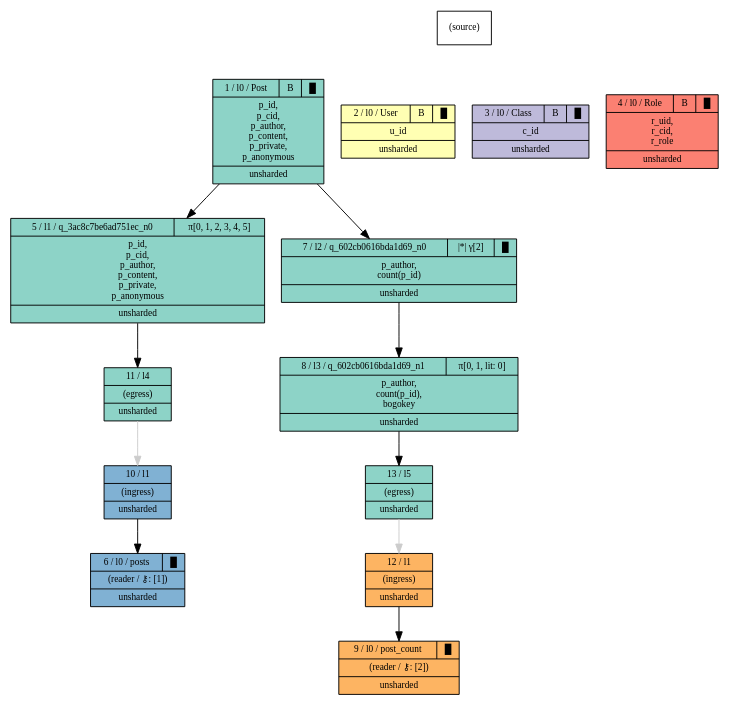
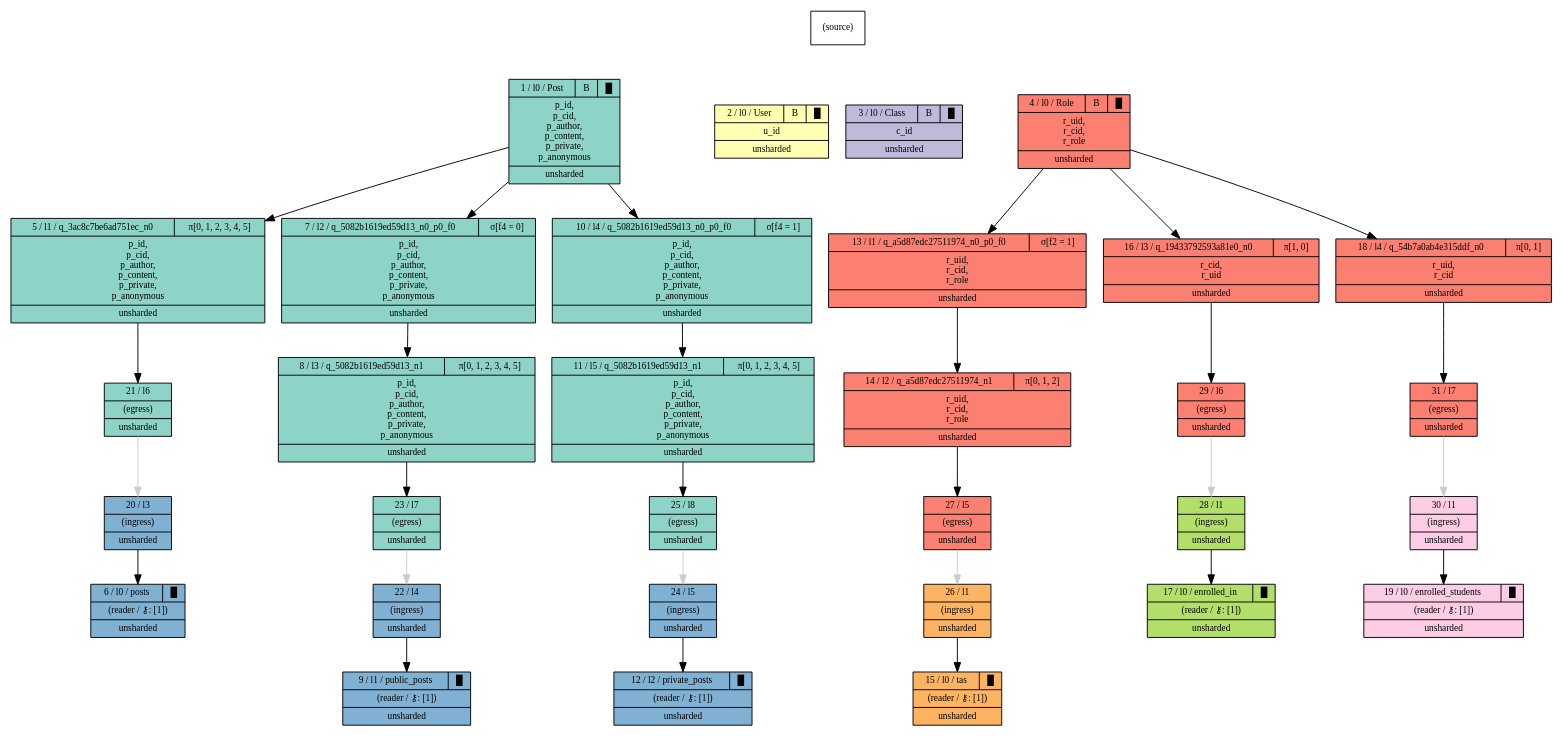
One commit to mit-pdos/noria changed the diagram in pgraph.gv. Above: the diagram before and after it, drawn with Graphviz. The commit also changed 4 other files, not shown here.

```diff
--- a/pgraph.gv
+++ b/pgraph.gv
@@ -1,30 +1,66 @@
 digraph {{
     node [shape=record, fontsize=10]
     n0 [style="filled", fillcolor=white, label="(source)"]
     n1 [style="filled", fillcolor="/set312/1", label="{ { 1 / l0 / Post | B | █ } | p_id, \np_cid, \np_author, \np_content, \np_private, \np_anonymous | unsharded }"]
     n2 [style="filled", fillcolor="/set312/2", label="{ { 2 / l0 / User | B | █ } | u_id | unsharded }"]
     n3 [style="filled", fillcolor="/set312/3", label="{ { 3 / l0 / Class | B | █ } | c_id | unsharded }"]
     n4 [style="filled", fillcolor="/set312/4", label="{ { 4 / l0 / Role | B | █ } | r_uid, \nr_cid, \nr_role | unsharded }"]
     n5 [style="filled", fillcolor="/set312/1", label="{{ 5 / l1 / q_3ac8c7be6ad751ec_n0 | π[0, 1, 2, 3, 4, 5]  } | p_id, \np_cid, \np_author, \np_content, \np_private, \np_anonymous | unsharded }"]
     n6 [style="filled", fillcolor="/set312/5", label="{ { 6 / l0 / posts | █ } | (reader / ⚷: [1]) | unsharded }"]
-    n7 [style="filled", fillcolor="/set312/1", label="{{ 7 / l2 / q_602cb0616bda1d69_n0 | \|*\| γ[2] | █ } | p_author, \ncount(p_id) | unsharded }"]
-    n8 [style="filled", fillcolor="/set312/1", label="{{ 8 / l3 / q_602cb0616bda1d69_n1 | π[0, 1, lit: 0]  } | p_author, \ncount(p_id), \nbogokey | unsharded }"]
-    n9 [style="filled", fillcolor="/set312/6", label="{ { 9 / l0 / post_count | █ } | (reader / ⚷: [2]) | unsharded }"]
-    n10 [style="filled", fillcolor="/set312/5", label="{ { 10 / l1  } | (ingress) | unsharded }"]
-    n11 [style="filled", fillcolor="/set312/1", label="{ 11 / l4 | (egress) | unsharded }"]
-    n12 [style="filled", fillcolor="/set312/6", label="{ { 12 / l1  } | (ingress) | unsharded }"]
-    n13 [style="filled", fillcolor="/set312/1", label="{ 13 / l5 | (egress) | unsharded }"]
+    n7 [style="filled", fillcolor="/set312/1", label="{{ 7 / l2 / q_5082b1619ed59d13_n0_p0_f0 | σ[f4 = 0]  } | p_id, \np_cid, \np_author, \np_content, \np_private, \np_anonymous | unsharded }"]
+    n8 [style="filled", fillcolor="/set312/1", label="{{ 8 / l3 / q_5082b1619ed59d13_n1 | π[0, 1, 2, 3, 4, 5]  } | p_id, \np_cid, \np_author, \np_content, \np_private, \np_anonymous | unsharded }"]
+    n9 [style="filled", fillcolor="/set312/5", label="{ { 9 / l1 / public_posts | █ } | (reader / ⚷: [1]) | unsharded }"]
+    n10 [style="filled", fillcolor="/set312/1", label="{{ 10 / l4 / q_5082b1619ed59d13_n0_p0_f0 | σ[f4 = 1]  } | p_id, \np_cid, \np_author, \np_content, \np_private, \np_anonymous | unsharded }"]
+    n11 [style="filled", fillcolor="/set312/1", label="{{ 11 / l5 / q_5082b1619ed59d13_n1 | π[0, 1, 2, 3, 4, 5]  } | p_id, \np_cid, \np_author, \np_content, \np_private, \np_anonymous | unsharded }"]
+    n12 [style="filled", fillcolor="/set312/5", label="{ { 12 / l2 / private_posts | █ } | (reader / ⚷: [1]) | unsharded }"]
+    n13 [style="filled", fillcolor="/set312/4", label="{{ 13 / l1 / q_a5d87edc27511974_n0_p0_f0 | σ[f2 = 1]  } | r_uid, \nr_cid, \nr_role | unsharded }"]
+    n14 [style="filled", fillcolor="/set312/4", label="{{ 14 / l2 / q_a5d87edc27511974_n1 | π[0, 1, 2]  } | r_uid, \nr_cid, \nr_role | unsharded }"]
+    n15 [style="filled", fillcolor="/set312/6", label="{ { 15 / l0 / tas | █ } | (reader / ⚷: [1]) | unsharded }"]
+    n16 [style="filled", fillcolor="/set312/4", label="{{ 16 / l3 / q_19433792593a81e0_n0 | π[1, 0]  } | r_cid, \nr_uid | unsharded }"]
+    n17 [style="filled", fillcolor="/set312/7", label="{ { 17 / l0 / enrolled_in | █ } | (reader / ⚷: [1]) | unsharded }"]
+    n18 [style="filled", fillcolor="/set312/4", label="{{ 18 / l4 / q_54b7a0ab4e315ddf_n0 | π[0, 1]  } | r_uid, \nr_cid | unsharded }"]
+    n19 [style="filled", fillcolor="/set312/8", label="{ { 19 / l0 / enrolled_students | █ } | (reader / ⚷: [1]) | unsharded }"]
+    n20 [style="filled", fillcolor="/set312/5", label="{ { 20 / l3  } | (ingress) | unsharded }"]
+    n21 [style="filled", fillcolor="/set312/1", label="{ 21 / l6 | (egress) | unsharded }"]
+    n22 [style="filled", fillcolor="/set312/5", label="{ { 22 / l4  } | (ingress) | unsharded }"]
+    n23 [style="filled", fillcolor="/set312/1", label="{ 23 / l7 | (egress) | unsharded }"]
+    n24 [style="filled", fillcolor="/set312/5", label="{ { 24 / l5  } | (ingress) | unsharded }"]
+    n25 [style="filled", fillcolor="/set312/1", label="{ 25 / l8 | (egress) | unsharded }"]
+    n26 [style="filled", fillcolor="/set312/6", label="{ { 26 / l1  } | (ingress) | unsharded }"]
+    n27 [style="filled", fillcolor="/set312/4", label="{ 27 / l5 | (egress) | unsharded }"]
+    n28 [style="filled", fillcolor="/set312/7", label="{ { 28 / l1  } | (ingress) | unsharded }"]
+    n29 [style="filled", fillcolor="/set312/4", label="{ 29 / l6 | (egress) | unsharded }"]
+    n30 [style="filled", fillcolor="/set312/8", label="{ { 30 / l1  } | (ingress) | unsharded }"]
+    n31 [style="filled", fillcolor="/set312/4", label="{ 31 / l7 | (egress) | unsharded }"]
     n0 -> n1 [ style=invis ]
     n0 -> n2 [ style=invis ]
     n0 -> n3 [ style=invis ]
     n0 -> n4 [ style=invis ]
     n1 -> n5 [  ]
-    n5 -> n11 [  ]
+    n5 -> n21 [  ]
     n1 -> n7 [  ]
     n7 -> n8 [  ]
-    n8 -> n13 [  ]
-    n10 -> n6 [  ]
-    n11 -> n10 [ color="#CCCCCC" ]
-    n12 -> n9 [  ]
-    n13 -> n12 [ color="#CCCCCC" ]
+    n8 -> n23 [  ]
+    n1 -> n10 [  ]
+    n10 -> n11 [  ]
+    n11 -> n25 [  ]
+    n4 -> n13 [  ]
+    n13 -> n14 [  ]
+    n14 -> n27 [  ]
+    n4 -> n16 [  ]
+    n16 -> n29 [  ]
+    n4 -> n18 [  ]
+    n18 -> n31 [  ]
+    n20 -> n6 [  ]
+    n21 -> n20 [ color="#CCCCCC" ]
+    n22 -> n9 [  ]
+    n23 -> n22 [ color="#CCCCCC" ]
+    n24 -> n12 [  ]
+    n25 -> n24 [ color="#CCCCCC" ]
+    n26 -> n15 [  ]
+    n27 -> n26 [ color="#CCCCCC" ]
+    n28 -> n17 [  ]
+    n29 -> n28 [ color="#CCCCCC" ]
+    n30 -> n19 [  ]
+    n31 -> n30 [ color="#CCCCCC" ]
 }}
```
